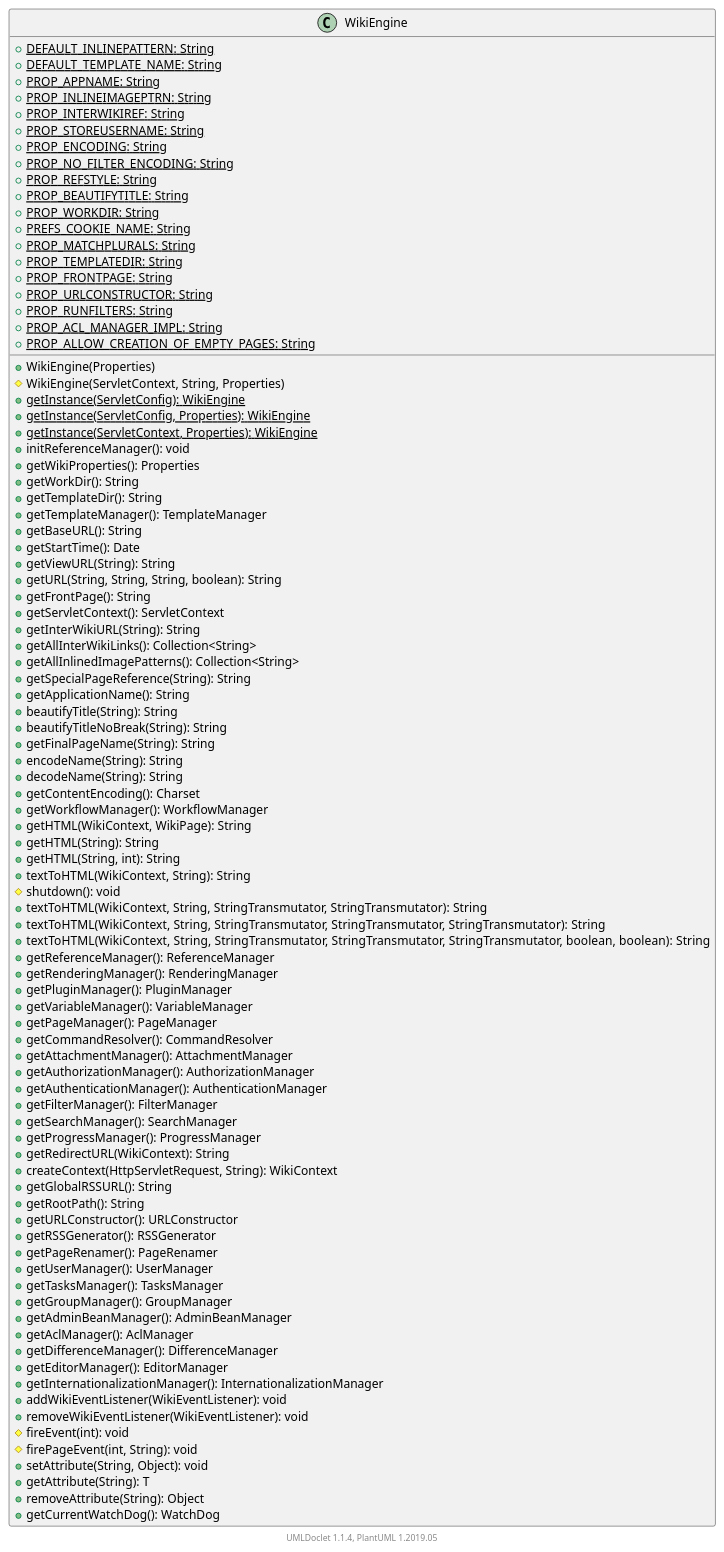
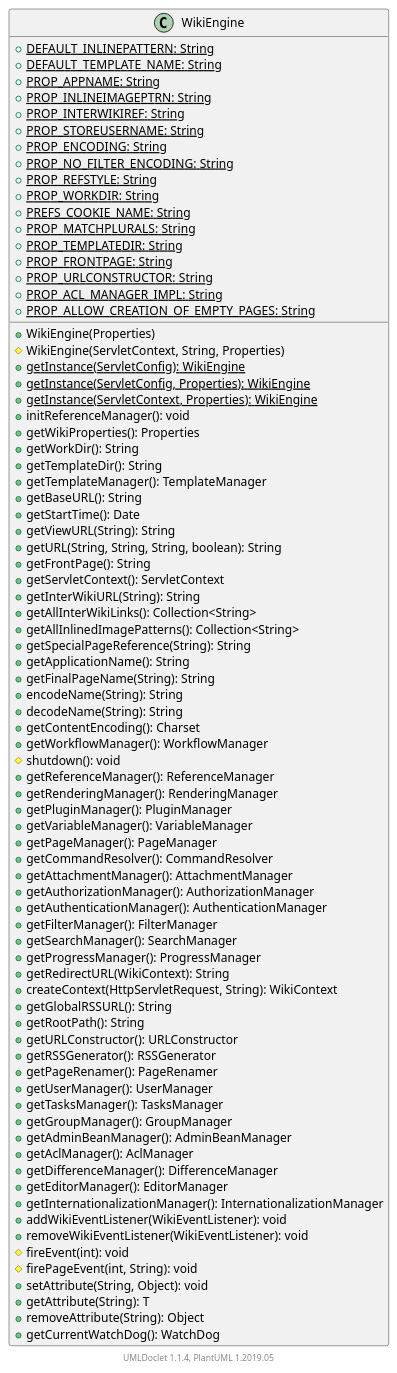
The diagram in apidocs/2.11.0.M7-SNAPSHOT/org/apache/wiki/WikiEngine.puml (apache/jspwiki-site), drawn with PlantUML before and after one commit. The commit also changed 1187 other files, not shown here.

```diff
--- a/apidocs/2.11.0.M7-SNAPSHOT/org/apache/wiki/WikiEngine.puml
+++ b/apidocs/2.11.0.M7-SNAPSHOT/org/apache/wiki/WikiEngine.puml
@@ -1,98 +1,87 @@
 @startuml
 
     class WikiEngine [[WikiEngine.html]] {
         {static} +DEFAULT_INLINEPATTERN: String
         {static} +DEFAULT_TEMPLATE_NAME: String
         {static} +PROP_APPNAME: String
         {static} +PROP_INLINEIMAGEPTRN: String
         {static} +PROP_INTERWIKIREF: String
         {static} +PROP_STOREUSERNAME: String
         {static} +PROP_ENCODING: String
         {static} +PROP_NO_FILTER_ENCODING: String
         {static} +PROP_REFSTYLE: String
-        {static} +PROP_BEAUTIFYTITLE: String
         {static} +PROP_WORKDIR: String
         {static} +PREFS_COOKIE_NAME: String
         {static} +PROP_MATCHPLURALS: String
         {static} +PROP_TEMPLATEDIR: String
         {static} +PROP_FRONTPAGE: String
         {static} +PROP_URLCONSTRUCTOR: String
-        {static} +PROP_RUNFILTERS: String
         {static} +PROP_ACL_MANAGER_IMPL: String
         {static} +PROP_ALLOW_CREATION_OF_EMPTY_PAGES: String
         +WikiEngine(Properties)
         #WikiEngine(ServletContext, String, Properties)
         {static} +getInstance(ServletConfig): WikiEngine
         {static} +getInstance(ServletConfig, Properties): WikiEngine
         {static} +getInstance(ServletContext, Properties): WikiEngine
         +initReferenceManager(): void
         +getWikiProperties(): Properties
         +getWorkDir(): String
         +getTemplateDir(): String
         +getTemplateManager(): TemplateManager
         +getBaseURL(): String
         +getStartTime(): Date
         +getViewURL(String): String
         +getURL(String, String, String, boolean): String
         +getFrontPage(): String
         +getServletContext(): ServletContext
         +getInterWikiURL(String): String
         +getAllInterWikiLinks(): Collection<String>
         +getAllInlinedImagePatterns(): Collection<String>
         +getSpecialPageReference(String): String
         +getApplicationName(): String
-        +beautifyTitle(String): String
-        +beautifyTitleNoBreak(String): String
         +getFinalPageName(String): String
         +encodeName(String): String
         +decodeName(String): String
         +getContentEncoding(): Charset
         +getWorkflowManager(): WorkflowManager
-        +getHTML(WikiContext, WikiPage): String
-        +getHTML(String): String
-        +getHTML(String, int): String
-        +textToHTML(WikiContext, String): String
         #shutdown(): void
-        +textToHTML(WikiContext, String, StringTransmutator, StringTransmutator): String
-        +textToHTML(WikiContext, String, StringTransmutator, StringTransmutator, StringTransmutator): String
-        +textToHTML(WikiContext, String, StringTransmutator, StringTransmutator, StringTransmutator, boolean, boolean): String
         +getReferenceManager(): ReferenceManager
         +getRenderingManager(): RenderingManager
         +getPluginManager(): PluginManager
         +getVariableManager(): VariableManager
         +getPageManager(): PageManager
         +getCommandResolver(): CommandResolver
         +getAttachmentManager(): AttachmentManager
         +getAuthorizationManager(): AuthorizationManager
         +getAuthenticationManager(): AuthenticationManager
         +getFilterManager(): FilterManager
         +getSearchManager(): SearchManager
         +getProgressManager(): ProgressManager
         +getRedirectURL(WikiContext): String
         +createContext(HttpServletRequest, String): WikiContext
         +getGlobalRSSURL(): String
         +getRootPath(): String
         +getURLConstructor(): URLConstructor
         +getRSSGenerator(): RSSGenerator
         +getPageRenamer(): PageRenamer
         +getUserManager(): UserManager
         +getTasksManager(): TasksManager
         +getGroupManager(): GroupManager
         +getAdminBeanManager(): AdminBeanManager
         +getAclManager(): AclManager
         +getDifferenceManager(): DifferenceManager
         +getEditorManager(): EditorManager
         +getInternationalizationManager(): InternationalizationManager
         +addWikiEventListener(WikiEventListener): void
         +removeWikiEventListener(WikiEventListener): void
         #fireEvent(int): void
         #firePageEvent(int, String): void
         +setAttribute(String, Object): void
         +getAttribute(String): T
         +removeAttribute(String): Object
         +getCurrentWatchDog(): WatchDog
     }
 
 
     center footer UMLDoclet 1.1.4, PlantUML 1.2019.05
 @enduml
```
